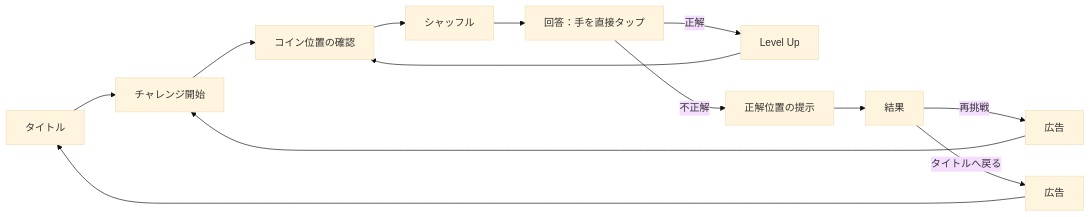
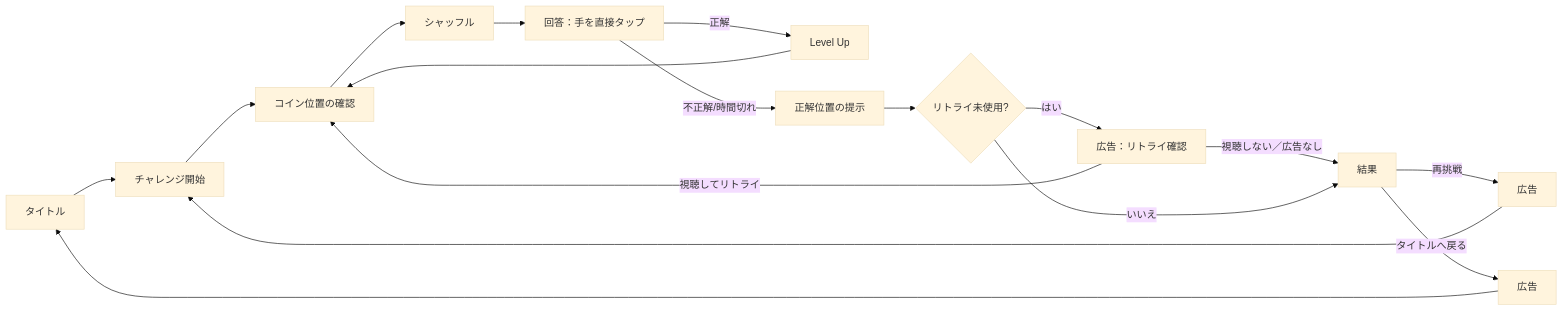
The diagram in .github/docs/gdd.md (turituri08/which-one), drawn with Mermaid (base theme) before and after one commit. The commit also changed other lines of this file and 3 other files, not shown here.

Commit message:
不正解時の広告視聴リトライをgdd.md/roadmap.mdへ反映

````diff
--- a/.github/docs/gdd.md
+++ b/.github/docs/gdd.md
@@ -43,15 +44,19 @@
 ```mermaid
 flowchart LR
     A[タイトル] --> B[チャレンジ開始]
     B --> C[コイン位置の確認]
     C --> D[シャッフル]
     D --> E[回答：手を直接タップ]
     E -->|正解| F[Level Up]
     F --> C
-    E -->|不正解| G[正解位置の提示]
-    G --> I[結果]
+    E -->|不正解/時間切れ| G[正解位置の提示]
+    G --> J{リトライ未使用?}
+    J -->|はい| K[広告：リトライ確認]
+    K -->|視聴してリトライ| C
+    K -->|視聴しない／広告なし| I[結果]
+    J -->|いいえ| I[結果]
     I -->|再挑戦| H1[広告]
     H1 --> B
     I -->|タイトルへ戻る| H2[広告]
     H2 --> A
 ```
````
